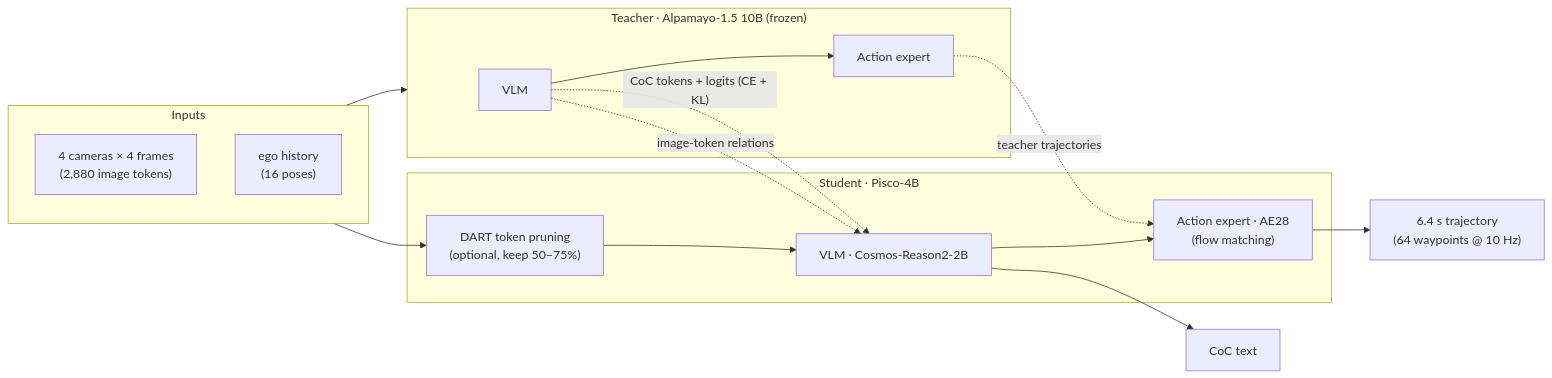
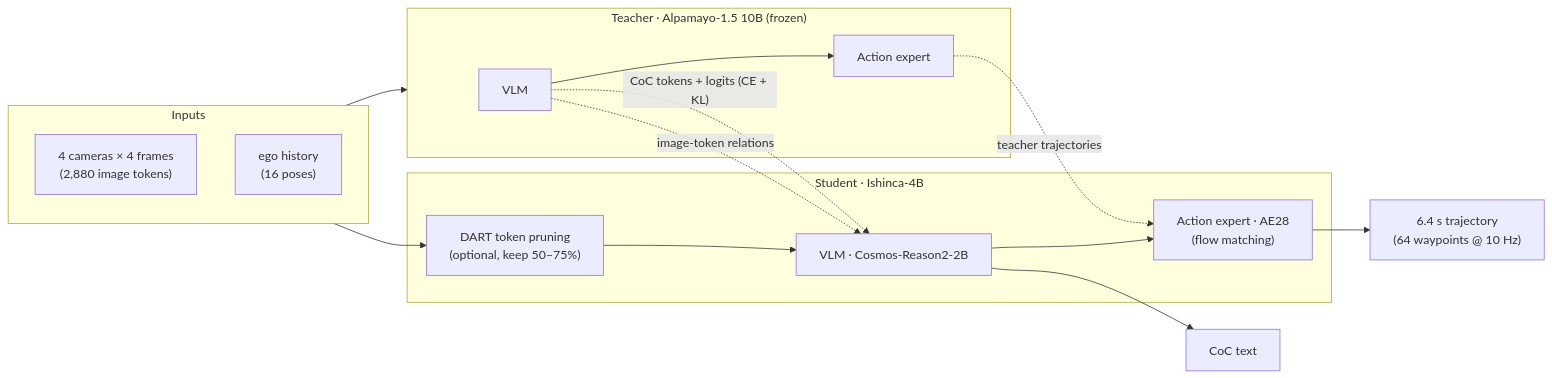
One commit to kimsunguk0/Ishinca changed the diagram in README.md. Above: the diagram before and after it, drawn with Mermaid. The commit also changed other lines of this file and 31 other files, not shown here.

````diff
--- a/README.md
+++ b/README.md
@@ -55,21 +55,21 @@
 ```mermaid
 flowchart LR
     subgraph IN["Inputs"]
         C["4 cameras × 4 frames<br/>(2,880 image tokens)"]
         H["ego history<br/>(16 poses)"]
     end
     subgraph T["Teacher · Alpamayo-1.5 10B (frozen)"]
         TV["VLM"] --> TA["Action expert"]
     end
-    subgraph S["Student · Pisco-4B"]
+    subgraph S["Student · Ishinca-4B"]
         D["DART token pruning<br/>(optional, keep 50–75%)"] --> SV["VLM · Cosmos-Reason2-2B"]
         SV --> SA["Action expert · AE28<br/>(flow matching)"]
     end
     IN --> T
     IN --> D
     TV -. "CoC tokens + logits (CE + KL)" .-> SV
     TV -. "image-token relations" .-> SV
     TA -. "teacher trajectories" .-> SA
     SV --> COC["CoC text"]
     SA --> TRAJ["6.4 s trajectory<br/>(64 waypoints @ 10 Hz)"]
 ```
````
